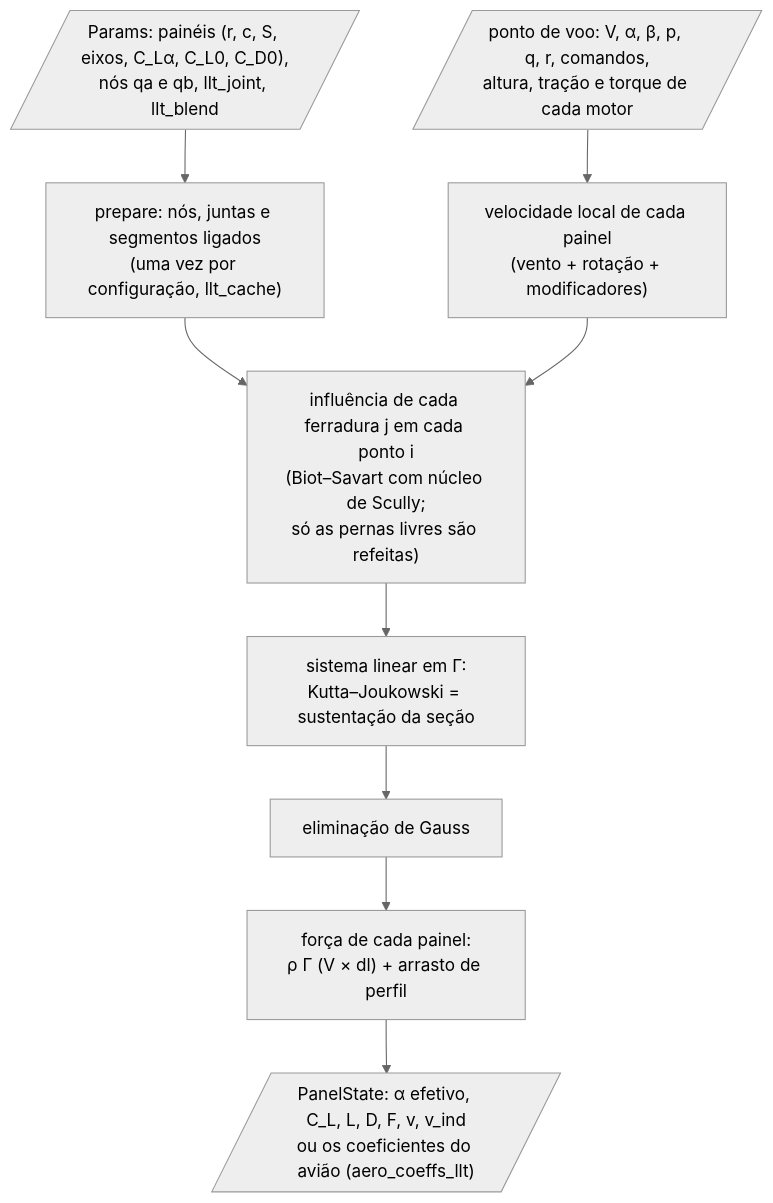
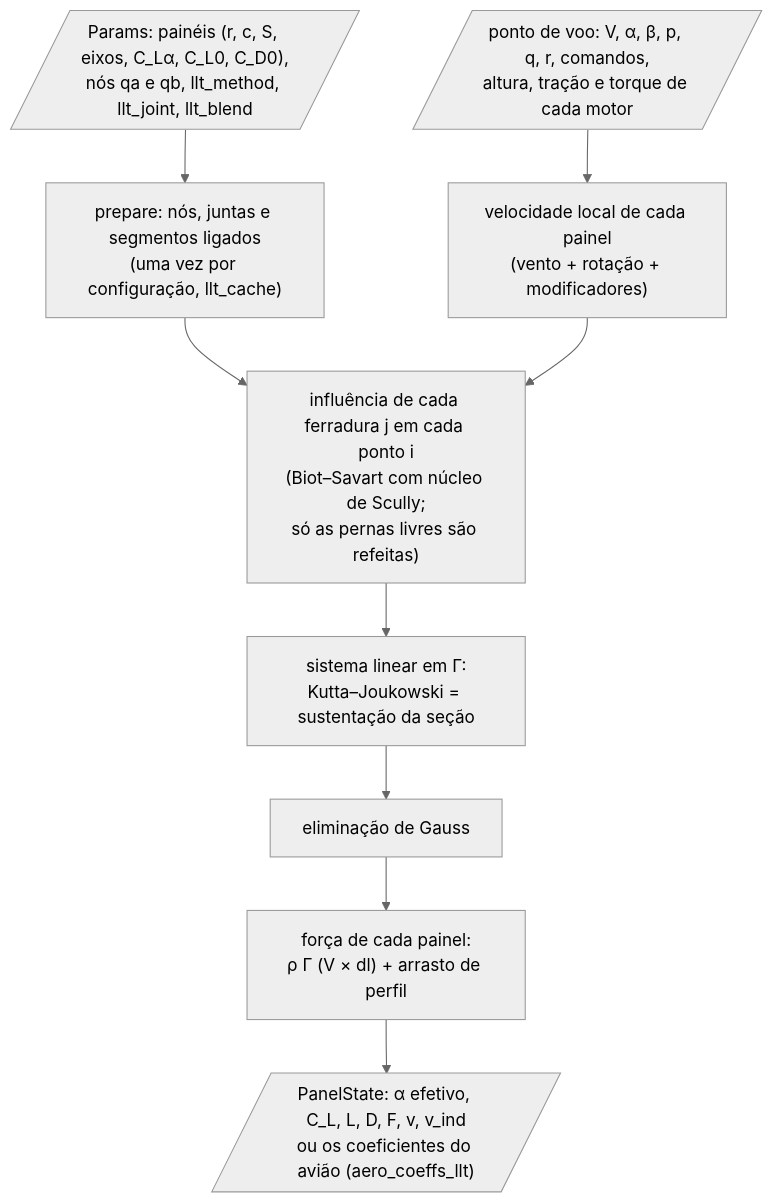
One commit to vitordallolivo/AircraftSimulation changed the diagram in core/src/loads/README.md. Above: the diagram before and after it, drawn with Mermaid (neutral theme). The commit also changed other lines of this file and 18 other files, not shown here.

````diff
--- a/core/src/loads/README.md
+++ b/core/src/loads/README.md
@@ -28,11 +28,11 @@
 ```mermaid
 flowchart TD
-    P[/"Params: painéis (r, c, S, eixos, C_Lα, C_L0, C_D0),<br/>nós qa e qb, llt_joint, llt_blend"/] --> PREP
+    P[/"Params: painéis (r, c, S, eixos, C_Lα, C_L0, C_D0),<br/>nós qa e qb, llt_method, llt_joint, llt_blend"/] --> PREP
     PREP["prepare: nós, juntas e segmentos ligados<br/>(uma vez por configuração, llt_cache)"] --> LOOP
     E[/"ponto de voo: V, α, β, p, q, r, comandos,<br/>altura, tração e torque de cada motor"/] --> VEL
     VEL["velocidade local de cada painel<br/>(vento + rotação + modificadores)"] --> LOOP
     LOOP["influência de cada ferradura j em cada ponto i<br/>(Biot–Savart com núcleo de Scully;<br/>só as pernas livres são refeitas)"] --> SYS
     SYS["sistema linear em Γ:<br/>Kutta–Joukowski = sustentação da seção"] --> GAUSS["eliminação de Gauss"]
     GAUSS --> F["força de cada painel:<br/>ρ Γ (V × dl) + arrasto de perfil"]
     F --> OUT[/"PanelState: α efetivo, C_L, L, D, F, v, v_ind<br/>ou os coeficientes do avião (aero_coeffs_llt)"/]
 ```
````
